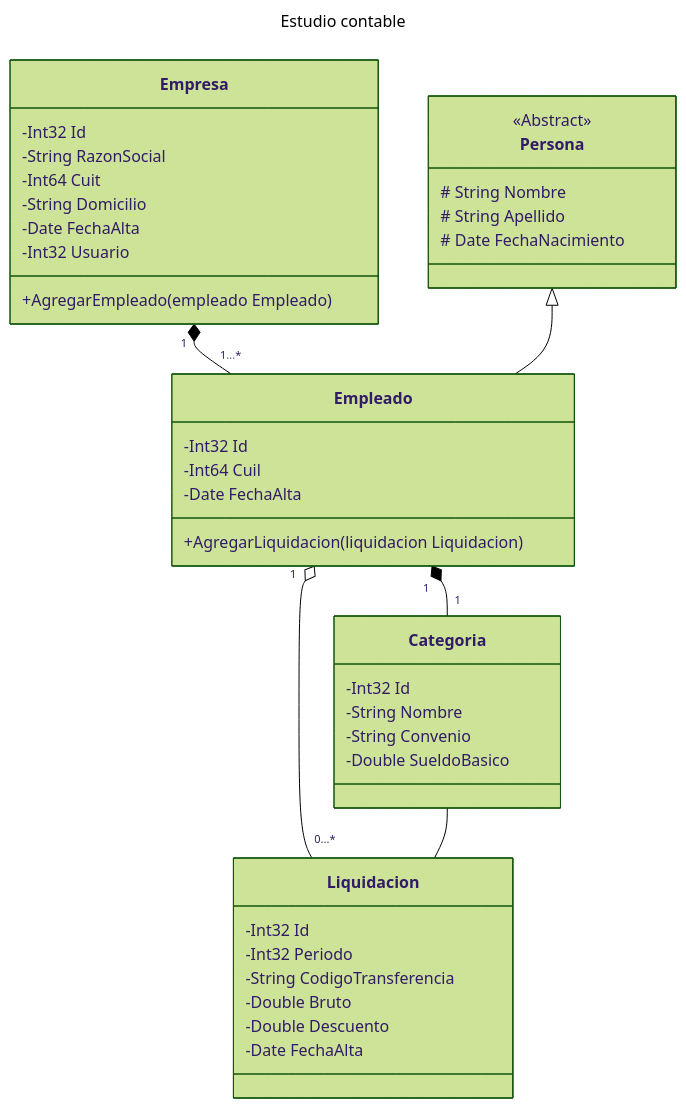
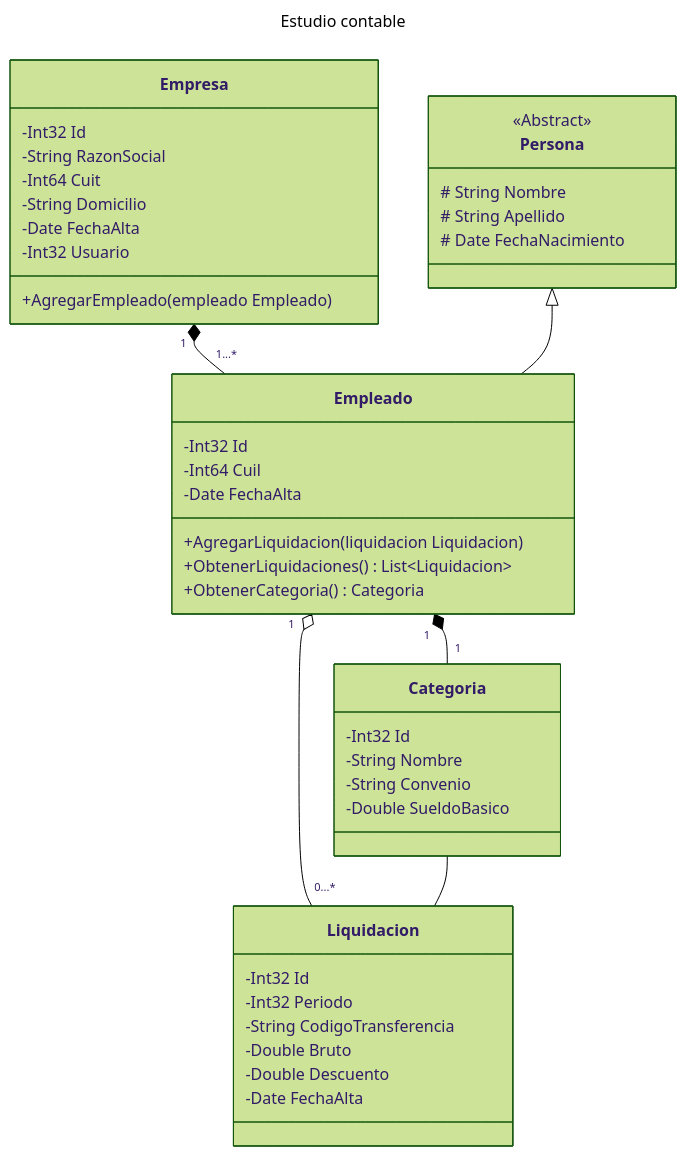
One commit to GabrielBrotzmann/EstudioContable changed the diagram in uml.mermaid. Above: the diagram before and after it, drawn with Mermaid (forest theme).

Commit message:
Update uml

```diff
--- a/uml.mermaid
+++ b/uml.mermaid
@@ -1,44 +1,46 @@
 ---
 title: Estudio contable
 ---
 classDiagram
     class Persona {
         <<Abstract>>
         # String Nombre
         # String Apellido
         # Date FechaNacimiento
     }
     class Empleado {
         -Int32 Id
         -Int64 Cuil
         -Date FechaAlta
         +AgregarLiquidacion(liquidacion Liquidacion)
+        +ObtenerLiquidaciones()  List~Liquidacion~
+        +ObtenerCategoria() Categoria
     }
     class Empresa {
         -Int32 Id
         -String RazonSocial
         -Int64 Cuit
         -String Domicilio
         -Date FechaAlta
         -Int32 Usuario
         +AgregarEmpleado(empleado Empleado)
     }
     class Categoria {
         -Int32 Id
         -String Nombre
         -String Convenio
         -Double SueldoBasico
     }
     class Liquidacion {
         -Int32 Id
         -Int32 Periodo
         -String CodigoTransferencia
         -Double Bruto
         -Double Descuento
         -Date FechaAlta
     }
     Empresa "1" *-- "1...*" Empleado
     Empleado "1" o-- "0...*" Liquidacion
     Empleado "1" *-- "1" Categoria
     Categoria -- Liquidacion
     Persona <|-- Empleado
```
